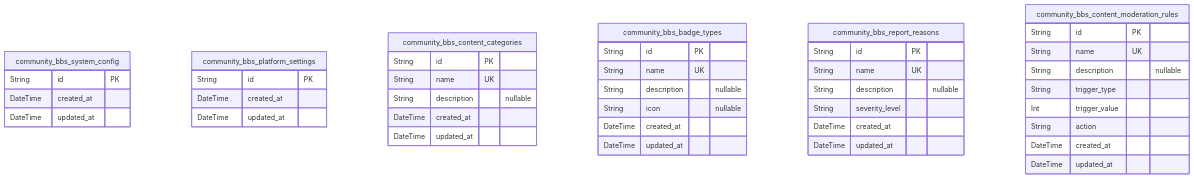
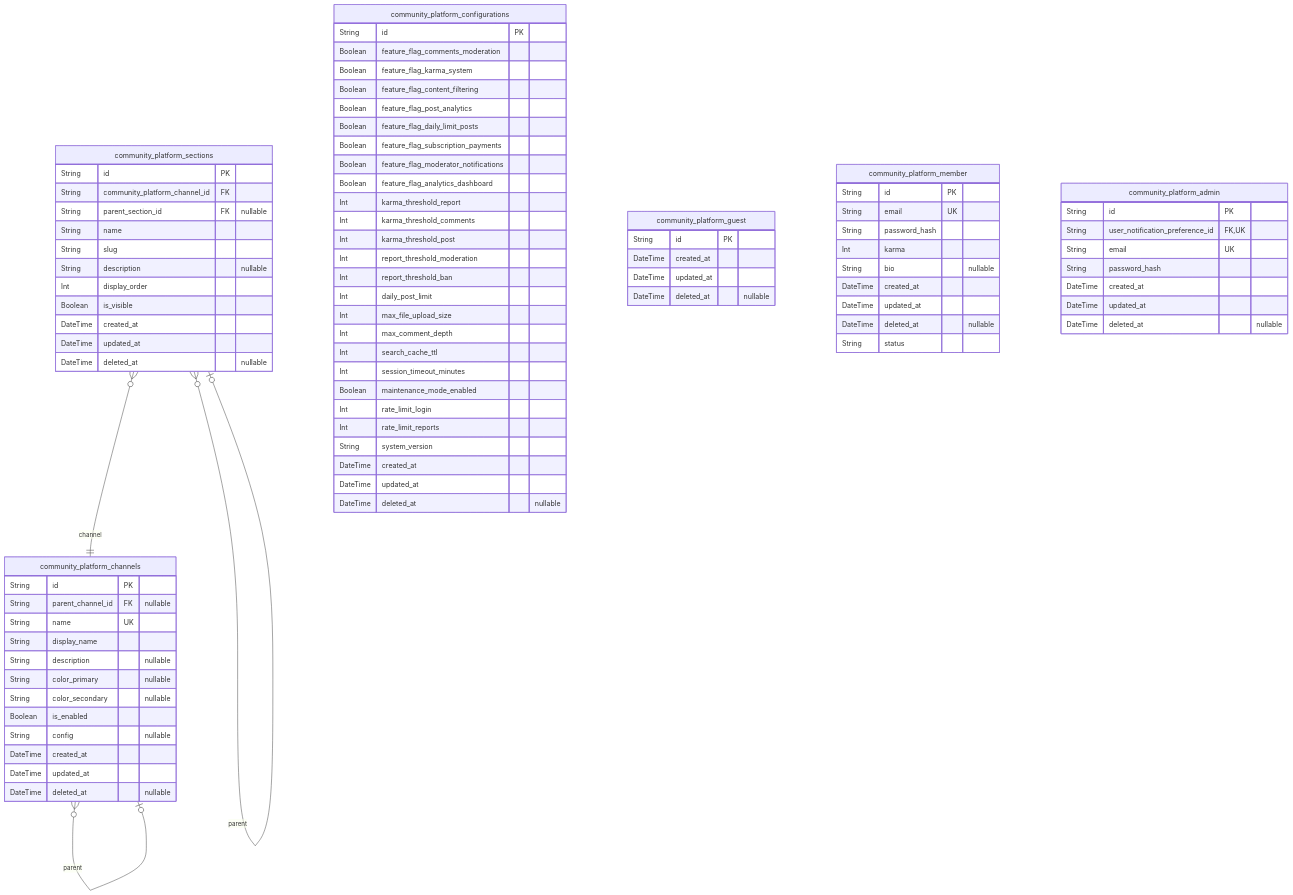
The first of 10 diagrams in qwen/qwen3-next-80b-a3b-instruct/reddit/docs/ERD.md (wrtnlabs/autobe-examples), drawn with Mermaid before and after one commit. The commit also changed other lines of this file and 6988 other files, not shown here.

````diff
--- a/qwen/qwen3-next-80b-a3b-instruct/reddit/docs/ERD.md
+++ b/qwen/qwen3-next-80b-a3b-instruct/reddit/docs/ERD.md
@@ -18,46 +18,87 @@
 ```mermaid
 erDiagram
-"community_bbs_system_config" {
+"community_platform_channels" {
+  String id PK
+  String parent_channel_id FK "nullable"
+  String name UK
+  String display_name
+  String description "nullable"
+  String color_primary "nullable"
+  String color_secondary "nullable"
+  Boolean is_enabled
+  String config "nullable"
+  DateTime created_at
+  DateTime updated_at
+  DateTime deleted_at "nullable"
+}
+"community_platform_sections" {
+  String id PK
+  String community_platform_channel_id FK
+  String parent_section_id FK "nullable"
+  String name
+  String slug
+  String description "nullable"
+  Int display_order
+  Boolean is_visible
+  DateTime created_at
+  DateTime updated_at
+  DateTime deleted_at "nullable"
+}
+"community_platform_configurations" {
+  String id PK
+  Boolean feature_flag_comments_moderation
+  Boolean feature_flag_karma_system
+  Boolean feature_flag_content_filtering
+  Boolean feature_flag_post_analytics
+  Boolean feature_flag_daily_limit_posts
+  Boolean feature_flag_subscription_payments
+  Boolean feature_flag_moderator_notifications
+  Boolean feature_flag_analytics_dashboard
+  Int karma_threshold_report
+  Int karma_threshold_comments
+  Int karma_threshold_post
+  Int report_threshold_moderation
+  Int report_threshold_ban
+  Int daily_post_limit
+  Int max_file_upload_size
+  Int max_comment_depth
+  Int search_cache_ttl
+  Int session_timeout_minutes
+  Boolean maintenance_mode_enabled
+  Int rate_limit_login
+  Int rate_limit_reports
+  String system_version
+  DateTime created_at
+  DateTime updated_at
+  DateTime deleted_at "nullable"
+}
+"community_platform_guest" {
   String id PK
   DateTime created_at
   DateTime updated_at
+  DateTime deleted_at "nullable"
 }
-"community_bbs_platform_settings" {
+"community_platform_member" {
   String id PK
+  String email UK
+  String password_hash
+  Int karma
+  String bio "nullable"
   DateTime created_at
   DateTime updated_at
+  DateTime deleted_at "nullable"
+  String status
 }
-"community_bbs_content_categories" {
+"community_platform_admin" {
   String id PK
-  String name UK
-  String description "nullable"
+  String user_notification_preference_id FK,UK
+  String email UK
+  String password_hash
   DateTime created_at
   DateTime updated_at
+  DateTime deleted_at "nullable"
 }
-"community_bbs_badge_types" {
-  String id PK
-  String name UK
-  String description "nullable"
-  String icon "nullable"
-  DateTime created_at
-  DateTime updated_at
-}
-"community_bbs_report_reasons" {
-  String id PK
-  String name UK
-  String description "nullable"
-  String severity_level
-  DateTime created_at
-  DateTime updated_at
-}
-"community_bbs_content_moderation_rules" {
-  String id PK
-  String name UK
-  String description "nullable"
-  String trigger_type
-  Int trigger_value
-  String action
-  DateTime created_at
-  DateTime updated_at
-}
+"community_platform_channels" }o--o| "community_platform_channels" : parent
+"community_platform_sections" }o--|| "community_platform_channels" : channel
+"community_platform_sections" }o--o| "community_platform_sections" : parent
 ```
````
